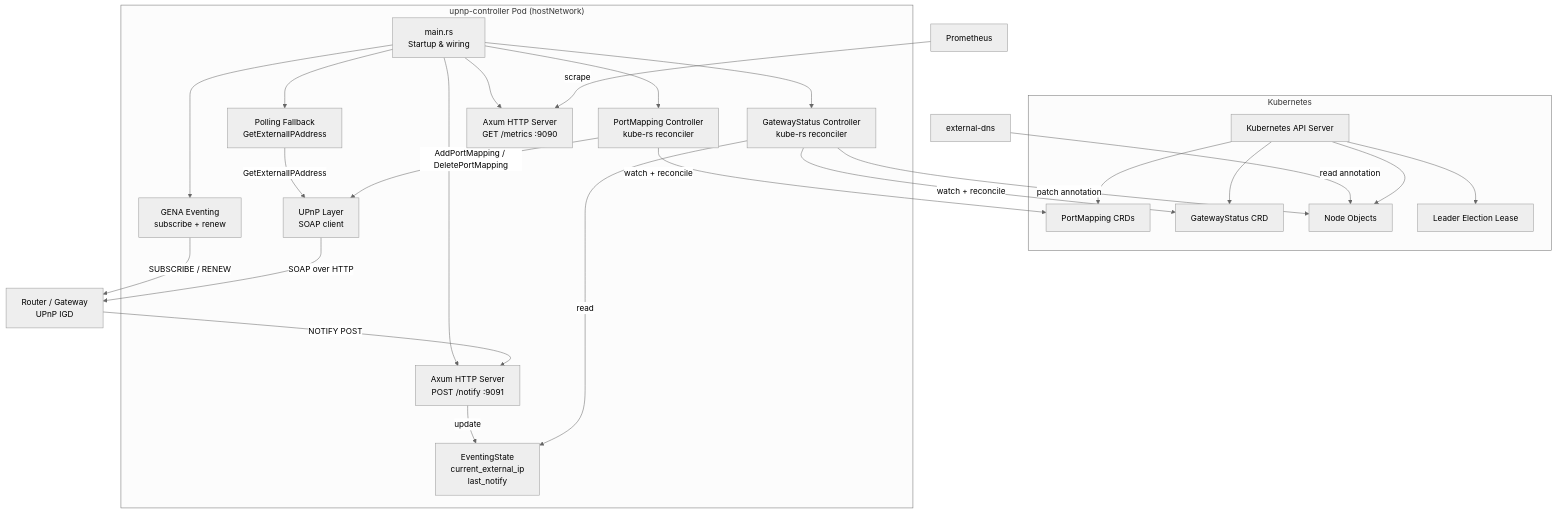
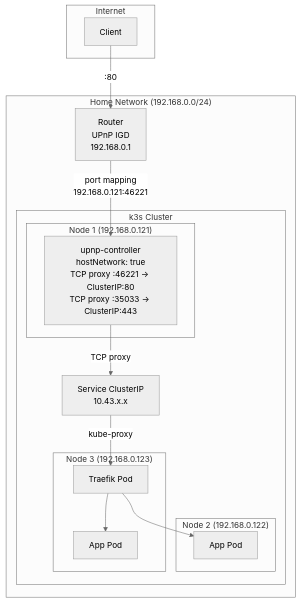
Before and after one commit to jeffmoss/upnp-controller: the first of 2 diagrams in docs/architecture.md, drawn with Mermaid (neutral theme). The commit also changed other lines of this file and 9 other files, not shown here.

Commit message:
Add TCP proxy, annotation port-forwarding, updated docs and e2e tests

````diff
--- a/docs/architecture.md
+++ b/docs/architecture.md
@@ -7,53 +5,31 @@
 ```mermaid
 graph TB
-    subgraph Kubernetes
-        API[Kubernetes API Server]
-        PM[PortMapping CRDs]
-        GS[GatewayStatus CRD]
-        Node[Node Objects]
-        Lease[Leader Election Lease]
+    subgraph Internet
+        Client[Client]
     end
 
-    subgraph "upnp-controller Pod (hostNetwork)"
-        Main[main.rs<br/>Startup & wiring]
-        PMCtrl[PortMapping Controller<br/>kube-rs reconciler]
-        GWCtrl[GatewayStatus Controller<br/>kube-rs reconciler]
-        UPnP[UPnP Layer<br/>SOAP client]
-        GENA[GENA Eventing<br/>subscribe + renew]
-        Poll[Polling Fallback<br/>GetExternalIPAddress]
-        AxumNotify[Axum HTTP Server<br/>POST /notify :9091]
-        AxumMetrics[Axum HTTP Server<br/>GET /metrics :9090]
-        State[EventingState<br/>current_external_ip<br/>last_notify]
+    subgraph "Home Network (192.168.0.0/24)"
+        Router[Router<br/>UPnP IGD<br/>192.168.0.1]
+
+        subgraph "k3s Cluster"
+            subgraph "Node 1 (192.168.0.121)"
+                Controller["upnp-controller<br/>hostNetwork: true<br/>TCP proxy :46221 → ClusterIP:80<br/>TCP proxy :35033 → ClusterIP:443"]
+            end
+            subgraph "Node 2 (192.168.0.122)"
+                Pod1[App Pod]
+            end
+            subgraph "Node 3 (192.168.0.123)"
+                Traefik[Traefik Pod]
+                Pod2[App Pod]
+            end
+            SVC[Service ClusterIP<br/>10.43.x.x]
+        end
     end
 
-    Router[Router / Gateway<br/>UPnP IGD]
-    ExtDNS[external-dns]
-    Prometheus[Prometheus]
-
-    API --> PM
-    API --> GS
-    API --> Node
-    API --> Lease
-
-    PMCtrl -->|watch + reconcile| PM
-    PMCtrl -->|AddPortMapping / DeletePortMapping| UPnP
-    GWCtrl -->|watch + reconcile| GS
-    GWCtrl -->|patch annotation| Node
-    GWCtrl -->|read| State
-
-    UPnP -->|SOAP over HTTP| Router
-    GENA -->|SUBSCRIBE / RENEW| Router
-    Router -->|NOTIFY POST| AxumNotify
-    AxumNotify -->|update| State
-    Poll -->|GetExternalIPAddress| UPnP
-
-    ExtDNS -->|read annotation| Node
-    Prometheus -->|scrape| AxumMetrics
-
-    Main --> PMCtrl
-    Main --> GWCtrl
-    Main --> GENA
-    Main --> Poll
-    Main --> AxumNotify
-    Main --> AxumMetrics
+    Client -->|:80| Router
+    Router -->|port mapping<br/>192.168.0.121:46221| Controller
+    Controller -->|TCP proxy| SVC
+    SVC -->|kube-proxy| Traefik
+    Traefik --> Pod1
+    Traefik --> Pod2
 ```
````
